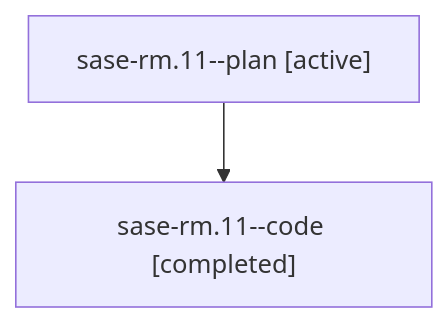
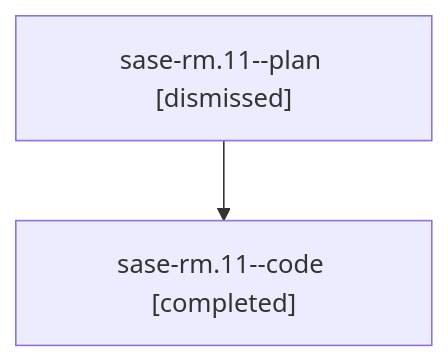
One commit to sase-org/sase--agents changed the diagram in sessions/bbugyi200.athena.sase-rm.11.md. Above: the diagram before and after it, drawn with Mermaid. The commit also changed other lines of this file and 172 other files, not shown here.

````diff
--- a/sessions/bbugyi200.athena.sase-rm.11.md
+++ b/sessions/bbugyi200.athena.sase-rm.11.md
@@ -9,6 +9,6 @@
 ```mermaid
 flowchart TD
-  n0["sase-rm.11--plan [active]"]
+  n0["sase-rm.11--plan [dismissed]"]
   n1["sase-rm.11--code [completed]"]
   n0 --> n1
 ```
````
